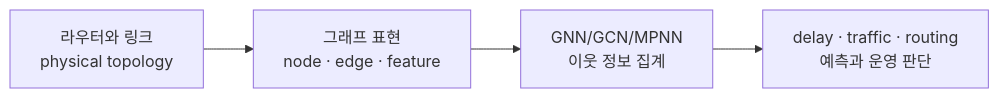
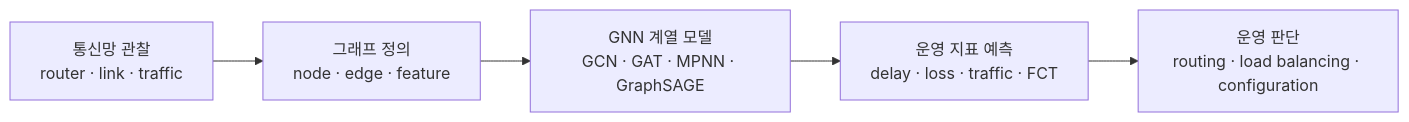
Before and after one commit to shimhy97/shimhy97.github.io: the first of 2 diagrams in _posts/2026-04-21-gnn-gcn-wired-communication-networks.md, drawn with Mermaid. The commit also changed other lines of this file and 3 other files, not shown here.

````diff
--- a/_posts/2026-04-21-gnn-gcn-wired-communication-networks.md
+++ b/_posts/2026-04-21-gnn-gcn-wired-communication-networks.md
@@ -40,6 +42,7 @@
 ```mermaid
 flowchart LR
-  A["라우터와 링크<br/>physical topology"] --> B["그래프 표현<br/>node · edge · feature"]
-  B --> C["GNN/GCN/MPNN<br/>이웃 정보 집계"]
-  C --> D["delay · traffic · routing<br/>예측과 운영 판단"]
+  A["통신망 관찰<br/>router · link · traffic"] --> B["그래프 정의<br/>node · edge · feature"]
+  B --> C["GNN 계열 모델<br/>GCN · GAT · MPNN · GraphSAGE"]
+  C --> D["운영 지표 예측<br/>delay · loss · traffic · FCT"]
+  D --> E["운영 판단<br/>routing · load balancing · configuration"]
 ```
````
